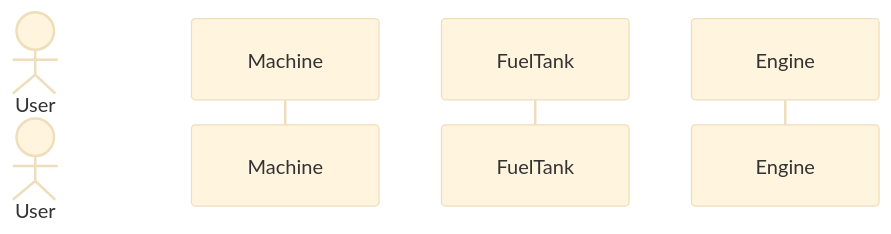
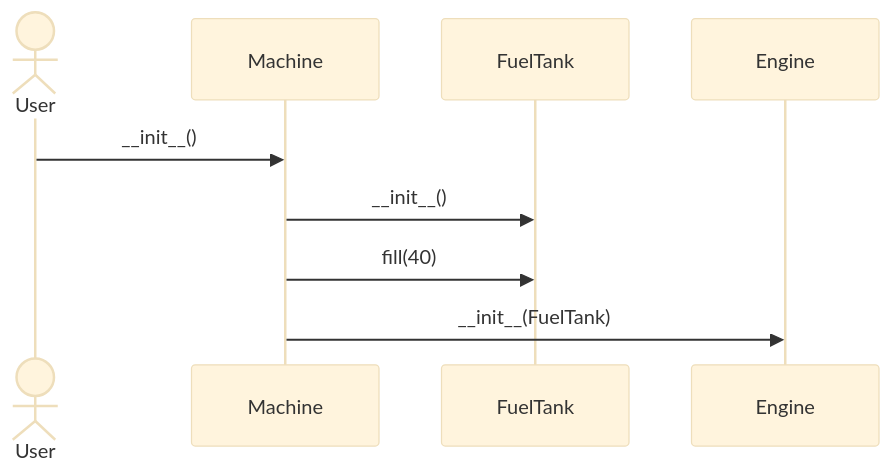
One commit to Desipeli/ot-harjoitustyo changed the diagram in laskarit/viikko3/sekvenssi.md. Above: the diagram before and after it, drawn with Mermaid (base theme).

Commit message:
syntaksikokeilu

````diff
--- a/laskarit/viikko3/sekvenssi.md
+++ b/laskarit/viikko3/sekvenssi.md
@@ -1,9 +1,12 @@
 ```mermaid
 sequenceDiagram
 	actor User
 	participant Machine
 	participant FuelTank
 	participant Engine
-	
+	User->>Machine: __init__()
+	Machine->>FuelTank: __init__()
+	Machine->>FuelTank: fill(40)
+	Machine->>Engine: __init__(FuelTank)
 	
 ```
````
